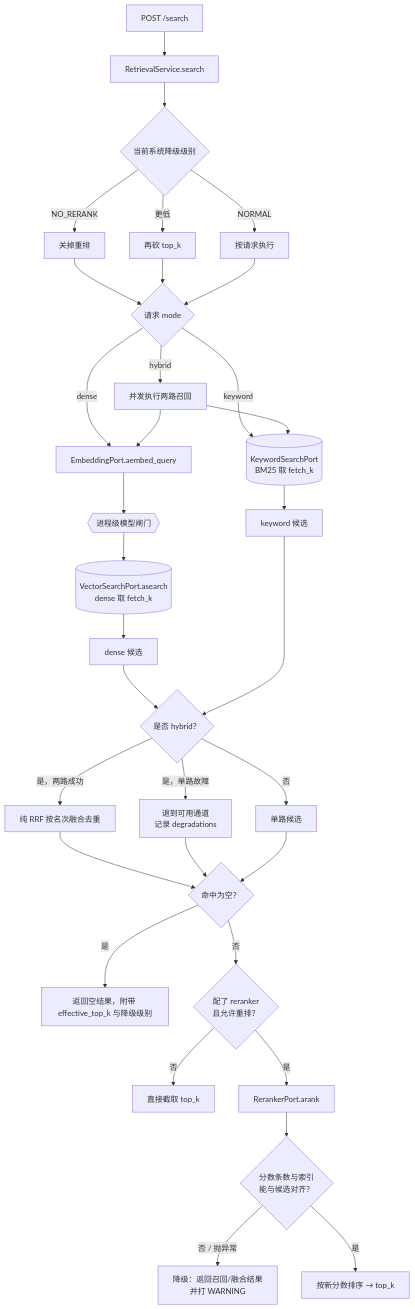
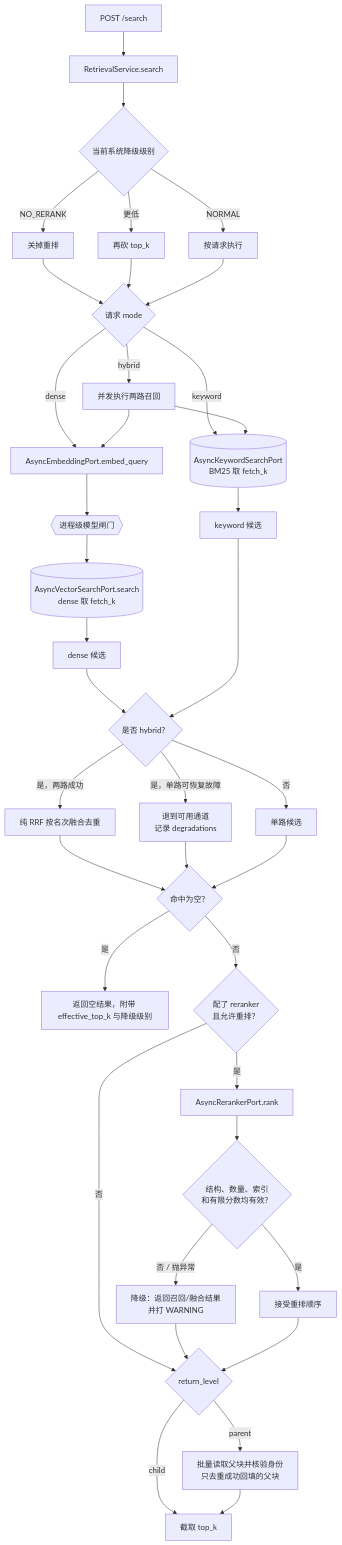
Before and after one commit to comet-7x/comet-rag: the third of 3 diagrams in docs/structure.md, drawn with Mermaid. The commit also changed other lines of this file and 156 other files, not shown here.

````diff
--- a/docs/structure.md
+++ b/docs/structure.md
@@ -168,36 +159,41 @@
 ```mermaid
 flowchart TD
     A["POST /search"] --> B["RetrievalService.search"]
     B --> DEG{"当前系统降级级别"}
     DEG -->|"NO_RERANK"| D1["关掉重排"]
     DEG -->|"更低"| D2["再砍 top_k"]
     DEG -->|NORMAL| D3["按请求执行"]
 
     D1 --> MODE{"请求 mode"}
     D2 --> MODE
     D3 --> MODE
-    MODE -->|dense| E["EmbeddingPort.aembed_query"]
-    MODE -->|keyword| KW[("KeywordSearchPort<br/>BM25 取 fetch_k")]
+    MODE -->|dense| E["AsyncEmbeddingPort.embed_query"]
+    MODE -->|keyword| KW[("AsyncKeywordSearchPort<br/>BM25 取 fetch_k")]
     MODE -->|hybrid| BOTH["并发执行两路召回"]
     BOTH --> E
     BOTH --> KW
     E --> GATE{{"进程级模型闸门"}}
-    GATE --> F[("VectorSearchPort.asearch<br/>dense 取 fetch_k")]
+    GATE --> F[("AsyncVectorSearchPort.search<br/>dense 取 fetch_k")]
     F --> CAND["dense 候选"]
     KW --> KCAND["keyword 候选"]
     CAND --> RRF{"是否 hybrid？"}
     KCAND --> RRF
     RRF -->|是，两路成功| RF["纯 RRF 按名次融合去重"]
-    RRF -->|是，单路故障| FALL["退到可用通道<br/>记录 degradations"]
+    RRF -->|是，单路可恢复故障| FALL["退到可用通道<br/>记录 degradations"]
     RRF -->|否| ONE["单路候选"]
     RF --> G{"命中为空？"}
     FALL --> G
     ONE --> G
     G -->|是| GX["返回空结果，附带 effective_top_k 与降级级别"]
     G -->|否| H{"配了 reranker<br/>且允许重排？"}
-    H -->|否| I["直接截取 top_k"]
-    H -->|是| J["RerankerPort.arank"]
-    J --> CHECK{"分数条数与索引<br/>能与候选对齐？"}
+    H -->|否| RETURN{"return_level"}
+    H -->|是| J["AsyncRerankerPort.rank"]
+    J --> CHECK{"结构、数量、索引<br/>和有限分数均有效？"}
     CHECK -->|"否 / 抛异常"| L["降级：返回召回/融合结果<br/>并打 WARNING"]
-    CHECK -->|是| M["按新分数排序 → top_k"]
+    CHECK -->|是| M["接受重排顺序"]
+    L --> RETURN
+    M --> RETURN
+    RETURN -->|child| I["截取 top_k"]
+    RETURN -->|parent| P["批量读取父块并核验身份<br/>只去重成功回填的父块"]
+    P --> I
 ```
````
